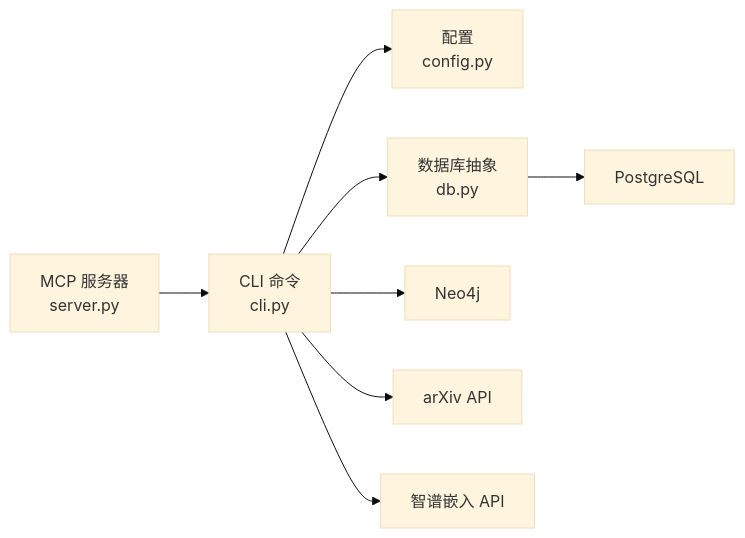
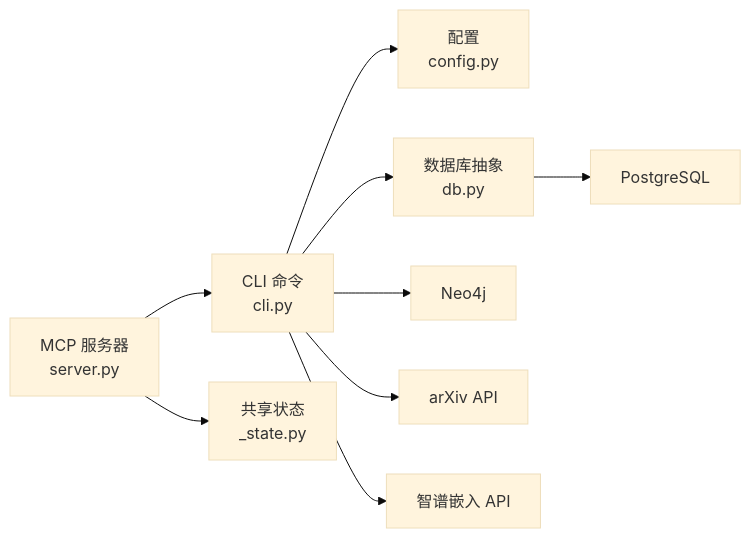
The fifth of 5 diagrams in .qoder/repowiki/zh/content/API参考文档/MCP工具API.md (1173591564/academic-based-qoder), drawn with Mermaid (base theme) before and after one commit. The commit also changed other lines of this file and 80 other files, not shown here.

````diff
--- a/.qoder/repowiki/zh/content/API参考文档/MCP工具API.md
+++ b/.qoder/repowiki/zh/content/API参考文档/MCP工具API.md
@@ -332,10 +365,11 @@
 ```mermaid
 graph LR
 MCP["MCP 服务器<br/>server.py"] --> CLI["CLI 命令<br/>cli.py"]
+MCP --> State["共享状态<br/>_state.py"]
 CLI --> CFG["配置<br/>config.py"]
 CLI --> DB["数据库抽象<br/>db.py"]
 DB --> PG["PostgreSQL"]
 CLI --> Neo4j["Neo4j"]
 CLI --> Arxiv["arXiv API"]
 CLI --> Zhipu["智谱嵌入 API"]
 ```
````
